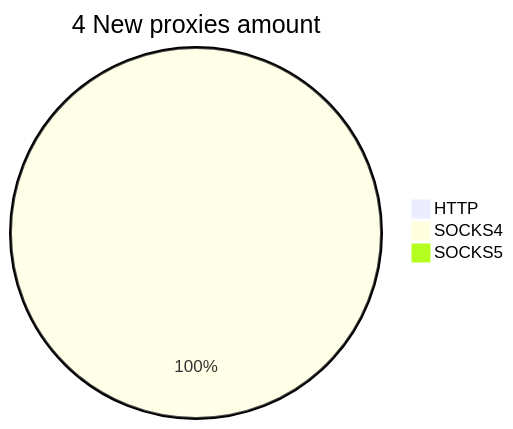
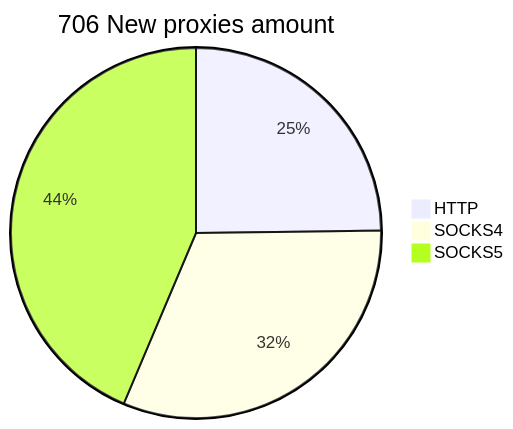
Before and after one commit to cutipu/proxylist: the second of 2 diagrams in README.md, drawn with Mermaid. The commit also changed other lines of this file, not shown here.

````diff
--- a/README.md
+++ b/README.md
@@ -10,6 +10,6 @@
 ```mermaid
-pie title 4 New proxies amount
-    "HTTP" : 0
-    "SOCKS4" : 4
-    "SOCKS5" : 0
+pie title 706 New proxies amount
+    "HTTP" : 175
+    "SOCKS4" : 223
+    "SOCKS5" : 308
 ```
````
